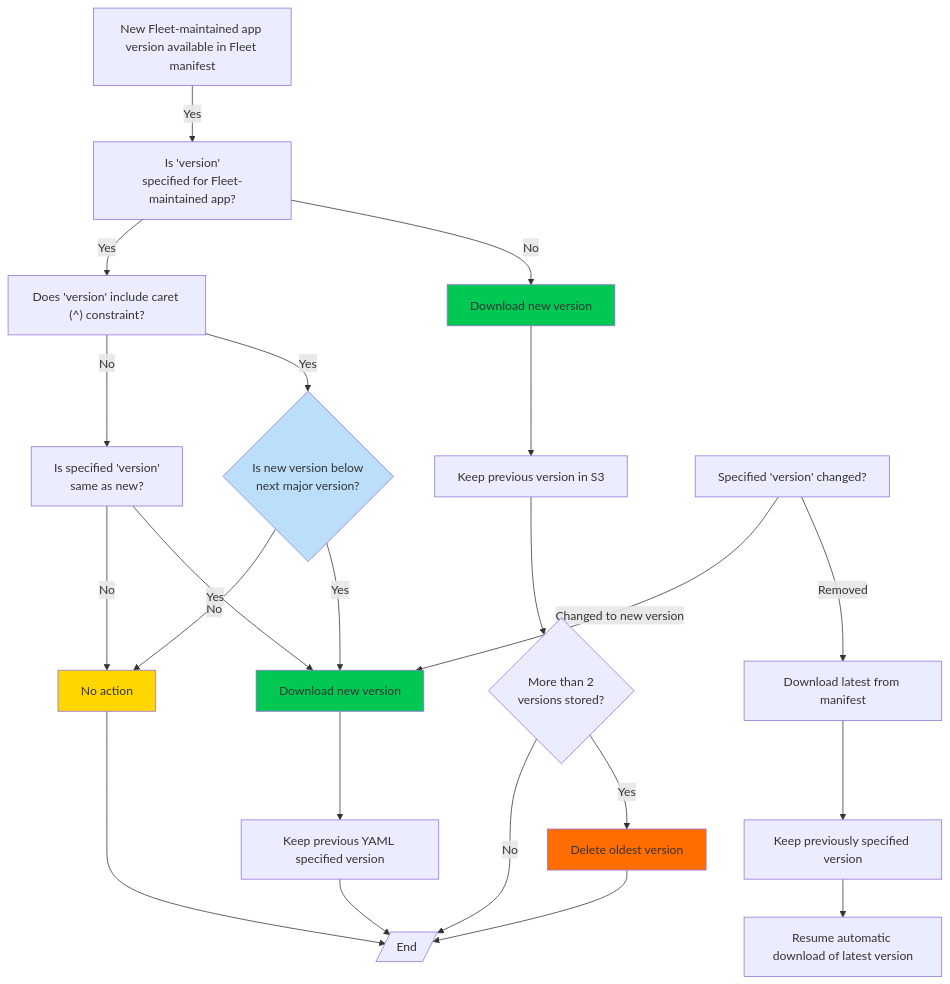
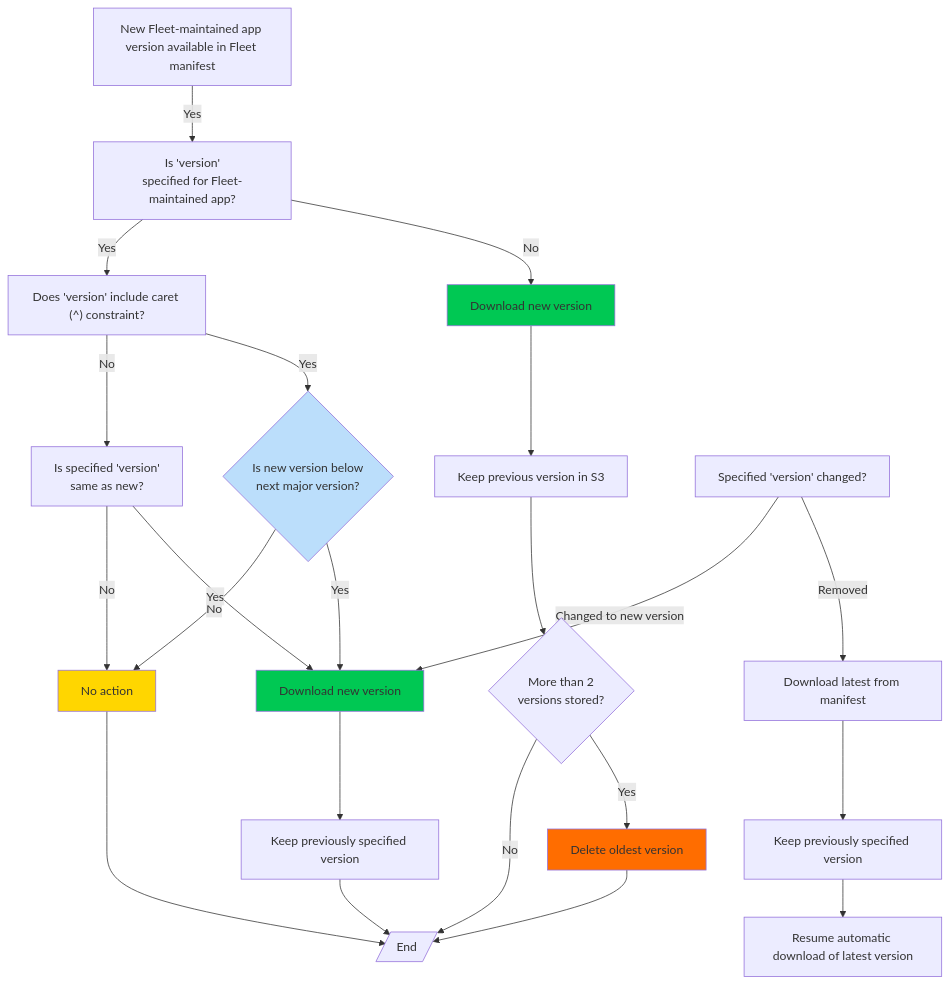
The fourth of 4 diagrams in docs/Contributing/product-groups/software/rollback-fleet-maintained-app-version.md (fleetdm/fleet), drawn with Mermaid before and after one commit.

Commit message:
Update wording for clarity in rollback documentation

````diff
--- a/docs/Contributing/product-groups/software/rollback-fleet-maintained-app-version.md
+++ b/docs/Contributing/product-groups/software/rollback-fleet-maintained-app-version.md
@@ -142,30 +142,30 @@
 ```mermaid
 flowchart TB
     A["New Fleet-maintained app version available in Fleet manifest"] -- Yes --> B["Is 'version'<br>specified for Fleet-maintained app?"]
     B -- No --> C["Download new version"]
     C --> D["Keep previous version in S3"]
     D --> E{"More than 2<br>versions stored?"}
     E -- Yes --> F["Delete oldest version"]
     E -- No --> Z[/"End"/]
     F --> Z
     B -- Yes --> BC["Does 'version' include caret (^) constraint?"]
     BC -- Yes --> BCC{"Is new version below<br>next major version?"}
     BCC -- Yes --> H["Download new version"]
     BCC -- No --> J["No action"]
     BC -- No --> G["Is specified 'version'<br>same as new?"]
     G -- Yes --> H
-    H --> I["Keep previous YAML specified version"]
+    H --> I["Keep previously specified version"]
     I --> Z
     G -- No --> J
     J --> Z
     K["Specified 'version' changed?"] -- Removed --> L["Download latest from manifest"]
     L --> M["Keep previously specified version"]
     M --> N["Resume automatic download of latest version"]
     K -- Changed to new version --> H
 
     style C fill:#00C853
     style F fill:#FF6D00
     style BCC fill:#BBDEFB
     style H fill:#00C853
     style J fill:#FFD600
 ```
````
